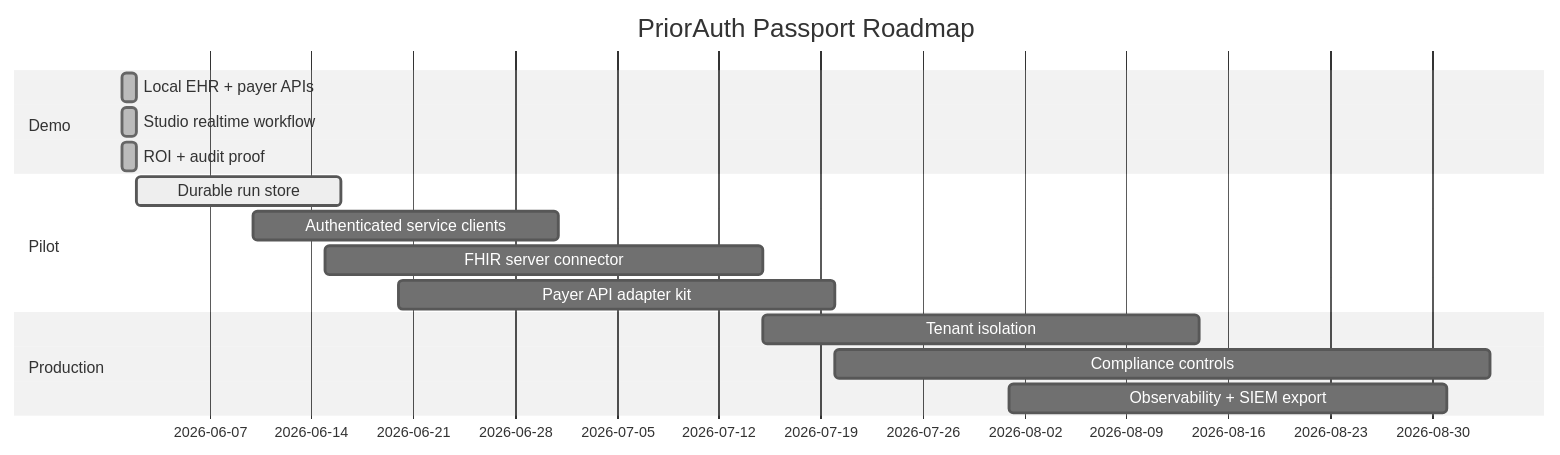
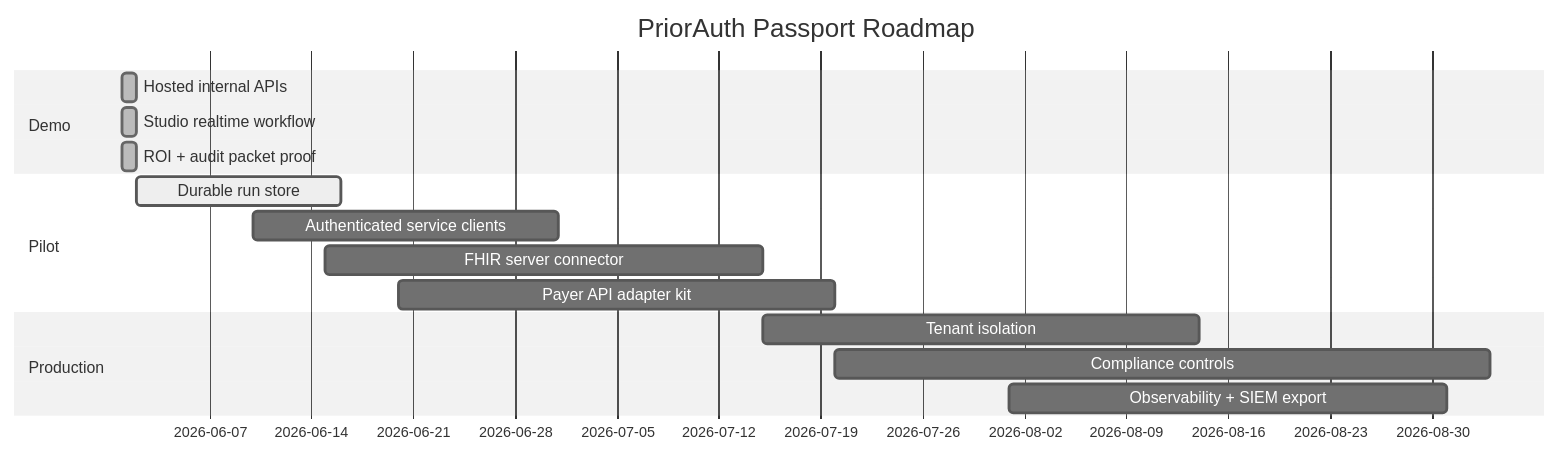
One commit to roshaninfordham/healthagentpassport changed the first of 2 diagrams in docs/production-roadmap.md. Above: the diagram before and after it, drawn with Mermaid (neutral theme). The commit also changed other lines of this file and 34 other files, not shown here.

````diff
--- a/docs/production-roadmap.md
+++ b/docs/production-roadmap.md
@@ -9,18 +9,18 @@
 ```mermaid
 gantt
   title PriorAuth Passport Roadmap
   dateFormat  YYYY-MM-DD
   section Demo
-  Local EHR + payer APIs           :done, 2026-06-01, 1d
+  Hosted internal APIs             :done, 2026-06-01, 1d
   Studio realtime workflow         :done, 2026-06-01, 1d
-  ROI + audit proof                :done, 2026-06-01, 1d
+  ROI + audit packet proof         :done, 2026-06-01, 1d
   section Pilot
   Durable run store                :active, 2026-06-02, 14d
   Authenticated service clients    :2026-06-10, 21d
   FHIR server connector            :2026-06-15, 30d
   Payer API adapter kit            :2026-06-20, 30d
   section Production
   Tenant isolation                 :2026-07-15, 30d
   Compliance controls              :2026-07-20, 45d
   Observability + SIEM export      :2026-08-01, 30d
 ```
````
